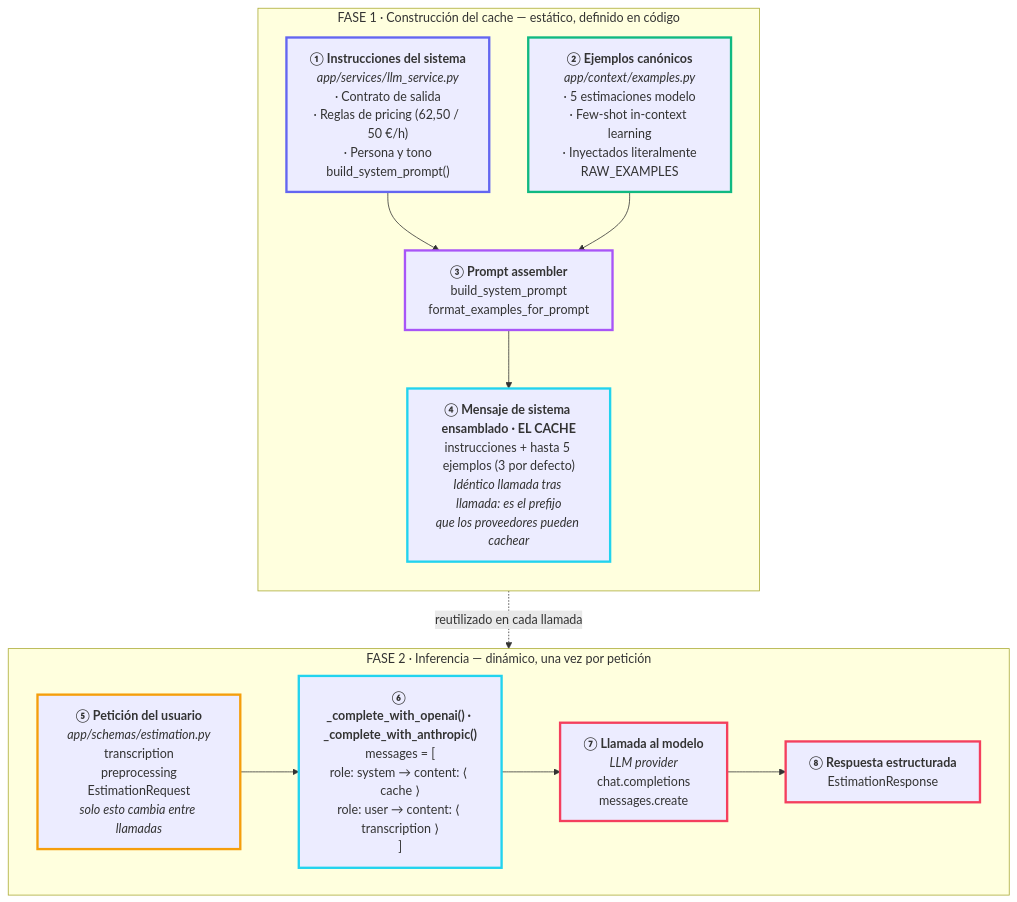
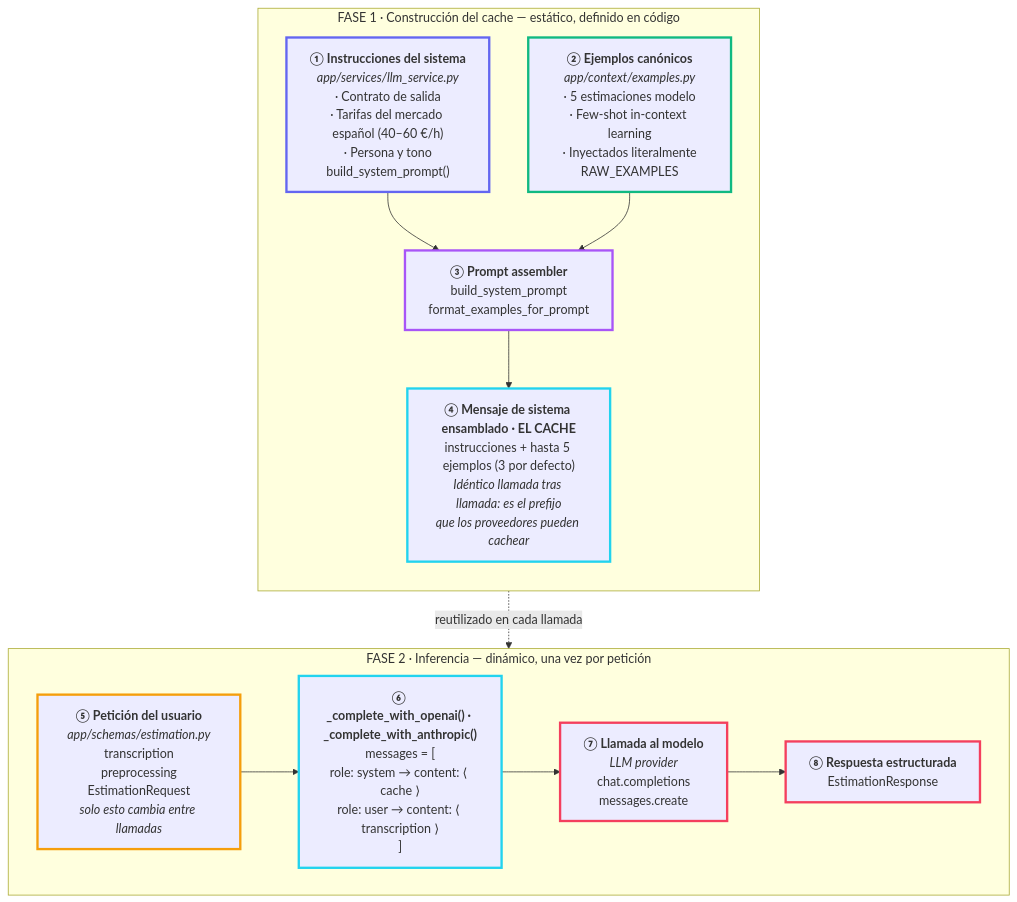
Before and after one commit to aelena/lidr-course: the first of 2 diagrams in estimador-cag/README.md, drawn with Mermaid. The commit also changed other lines of this file and 6 other files, not shown here.

````diff
--- a/estimador-cag/README.md
+++ b/estimador-cag/README.md
@@ -28,37 +28,37 @@
 ```mermaid
 flowchart TB
     subgraph FASE1["FASE 1 · Construcción del cache — estático, definido en código"]
         direction TB
-        I["<b>① Instrucciones del sistema</b><br/><i>app/services/llm_service.py</i><br/>· Contrato de salida<br/>· Reglas de pricing (62,50 / 50 €/h)<br/>· Persona y tono<br/>build_system_prompt()"]
+        I["<b>① Instrucciones del sistema</b><br/><i>app/services/llm_service.py</i><br/>· Contrato de salida<br/>· Tarifas del mercado español (40–60 €/h)<br/>· Persona y tono<br/>build_system_prompt()"]
         E["<b>② Ejemplos canónicos</b><br/><i>app/context/examples.py</i><br/>· 5 estimaciones modelo<br/>· Few-shot in-context learning<br/>· Inyectados literalmente<br/>RAW_EXAMPLES"]
         A["<b>③ Prompt assembler</b><br/>build_system_prompt<br/>format_examples_for_prompt"]
         C["<b>④ Mensaje de sistema ensamblado · EL CACHE</b><br/>instrucciones + hasta 5 ejemplos (3 por defecto)<br/><i>Idéntico llamada tras llamada: es el prefijo<br/>que los proveedores pueden cachear</i>"]
         I --> A
         E --> A
         A --> C
     end
     subgraph FASE2["FASE 2 · Inferencia — dinámico, una vez por petición"]
         direction LR
         U["<b>⑤ Petición del usuario</b><br/><i>app/schemas/estimation.py</i><br/>transcription<br/>preprocessing<br/>EstimationRequest<br/><i>solo esto cambia entre llamadas</i>"]
         M["<b>⑥ _complete_with_openai() · _complete_with_anthropic()</b><br/>messages = [<br/>role: system → content: ⟨ cache ⟩<br/>role: user → content: ⟨ transcription ⟩<br/>]"]
         L["<b>⑦ Llamada al modelo</b><br/><i>LLM provider</i><br/>chat.completions<br/>messages.create"]
         R["<b>⑧ Respuesta estructurada</b><br/>EstimationResponse"]
         U --> M
         M --> L
         L --> R
     end
     C -. "reutilizado en cada llamada" .-> M
 
     classDef instrucciones stroke:#6366f1,stroke-width:3px
     classDef ejemplos stroke:#10b981,stroke-width:3px
     classDef assembler stroke:#a855f7,stroke-width:3px
     classDef cache stroke:#22d3ee,stroke-width:3px
     classDef peticion stroke:#f59e0b,stroke-width:3px
     classDef respuesta stroke:#f43f5e,stroke-width:3px
     class I instrucciones
     class E ejemplos
     class A assembler
     class C,M cache
     class U peticion
     class L,R respuesta
 ```
````
